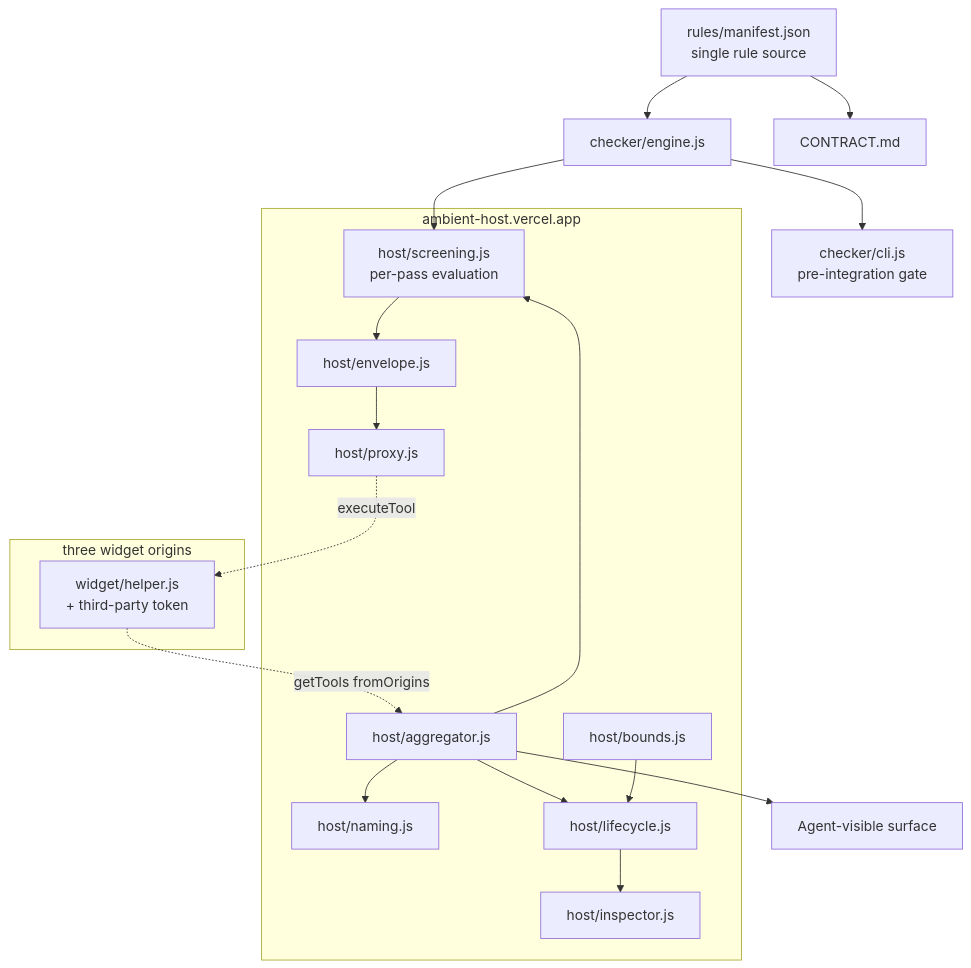
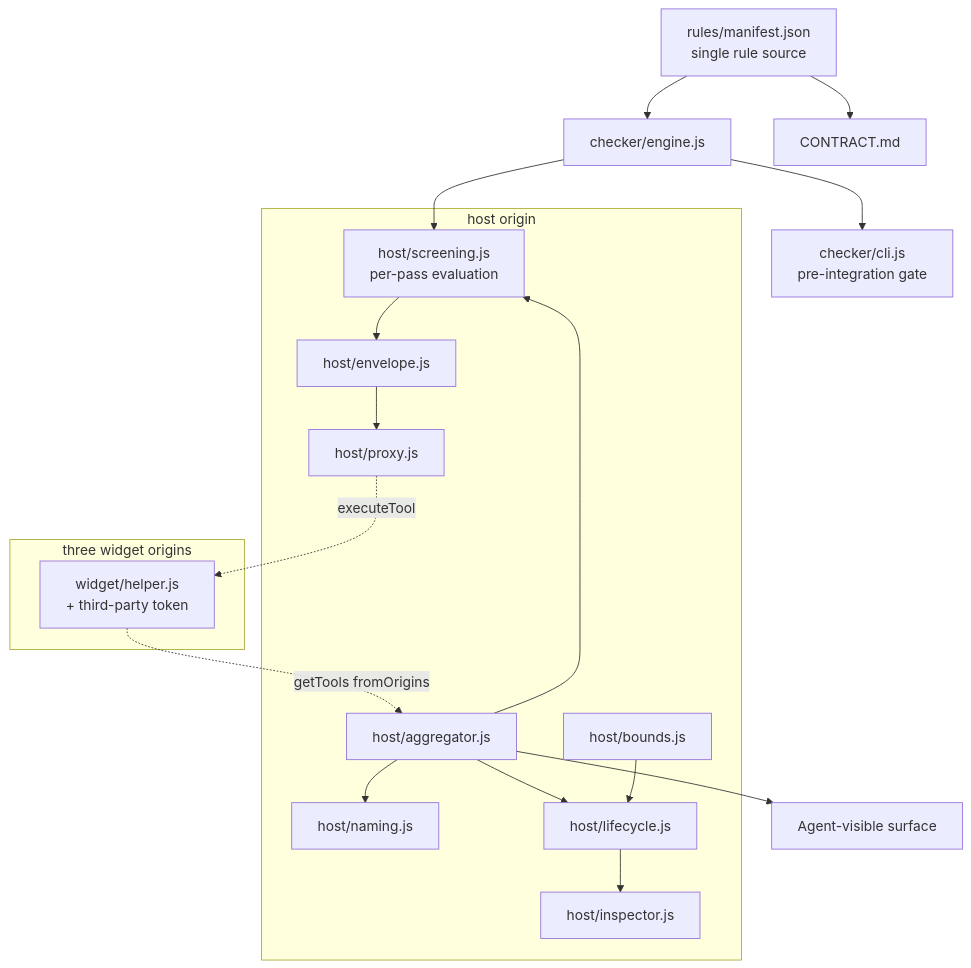
One commit to tomiwaaluko/ambient-webmcp changed the second of 4 diagrams in docs/plans/2026-08-31-001-feat-ambient-webmcp-tool-federation-plan.md. Above: the diagram before and after it, drawn with Mermaid. The commit also changed other lines of this file and 5 other files, not shown here.

````diff
--- a/docs/plans/2026-08-31-001-feat-ambient-webmcp-tool-federation-plan.md
+++ b/docs/plans/2026-08-31-001-feat-ambient-webmcp-tool-federation-plan.md
@@ -461,22 +461,22 @@
 ```mermaid
 flowchart TB
   MAN["rules/manifest.json<br/>single rule source"] --> ENG["checker/engine.js"]
   MAN --> DOC["CONTRACT.md"]
   ENG --> CLI["checker/cli.js<br/>pre-integration gate"]
   ENG --> SCR["host/screening.js<br/>per-pass evaluation"]
-  subgraph HOST["ambient-host.vercel.app"]
+  subgraph HOST["host origin"]
     AGG["host/aggregator.js"] --> SCR
     AGG --> NAM["host/naming.js"]
     SCR --> ENV["host/envelope.js"]
     ENV --> PRX["host/proxy.js"]
     AGG --> LIFE["host/lifecycle.js"]
     LIFE --> INSP["host/inspector.js"]
     BND["host/bounds.js"] --> LIFE
   end
   subgraph VENDORS["three widget origins"]
     HLP["widget/helper.js<br/>+ third-party token"]
   end
   HLP -.->|getTools fromOrigins| AGG
   PRX -.->|executeTool| HLP
   AGG --> AGENT["Agent-visible surface"]
 ```
````
